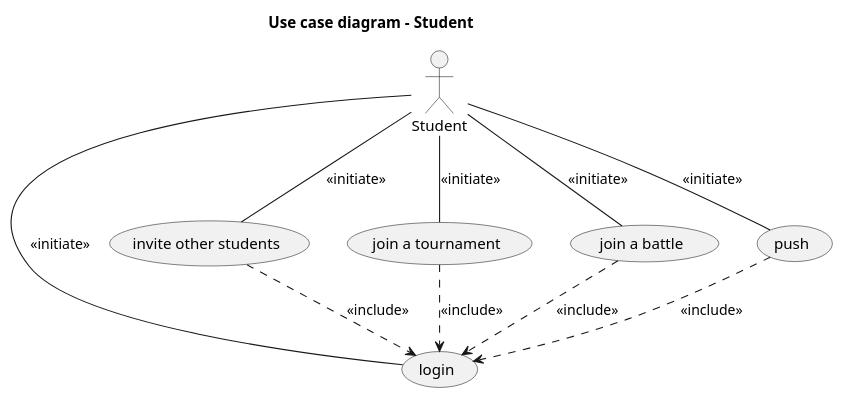
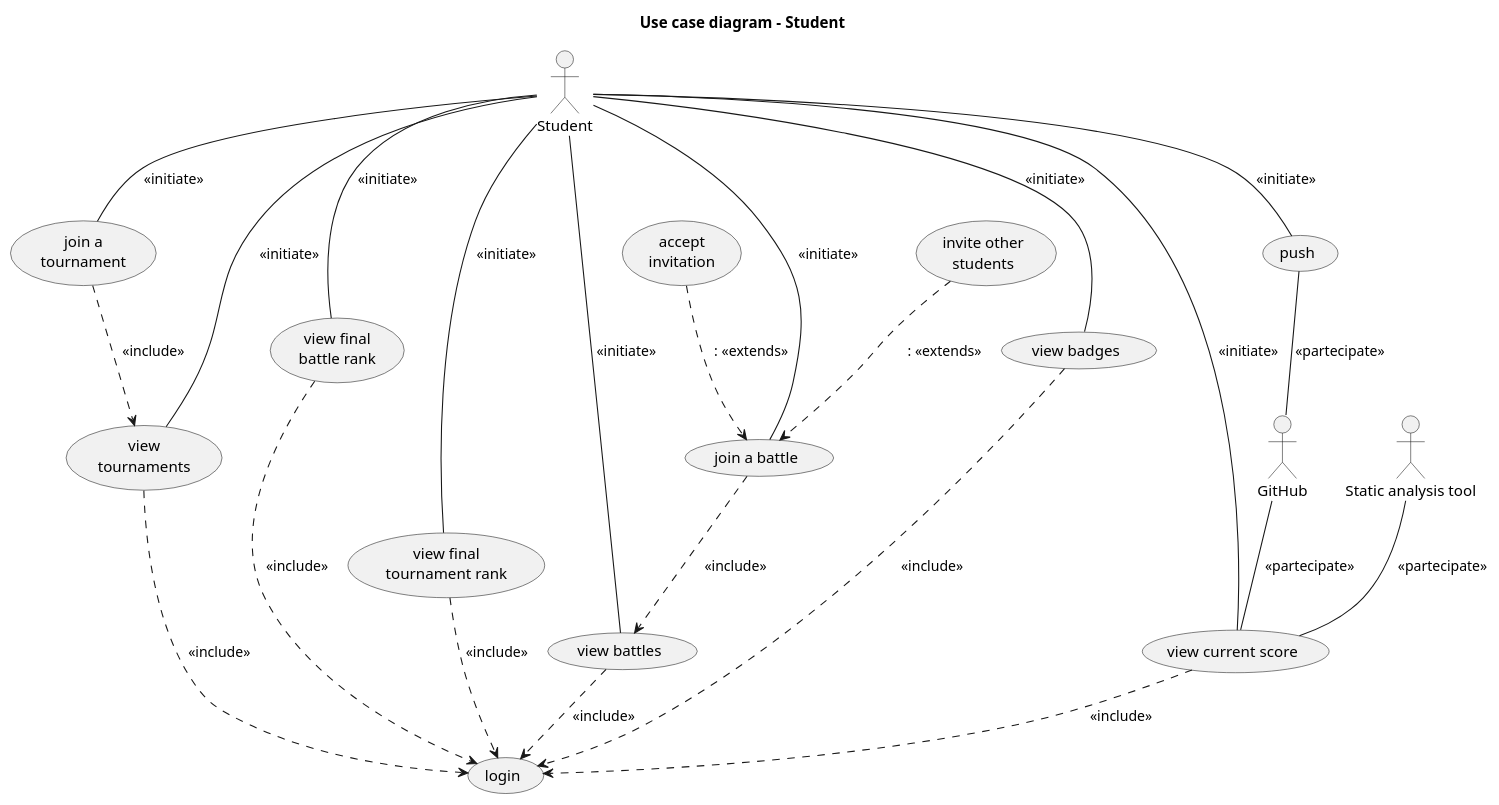
Before and after one commit to Furrrlo/CodeKataBattle: the diagram in rasd/puml/UC-diagram.puml, drawn with PlantUML. The commit also changed 1 other file, not shown here.

Commit message:
Student use case diagram

```diff
--- a/rasd/puml/UC-diagram.puml
+++ b/rasd/puml/UC-diagram.puml
@@ -1,16 +1,53 @@
 @startuml use case diagram - student
 title Use case diagram - Student
 
 actor :Student:
+actor :GitHub:
+actor :Static analysis tool: as tool
 
-Student -- (login): <<initiate>>
-Student -- (invite other students): <<initiate>>
-Student -- (join a tournament): <<initiate>>
-Student -- (join a battle): <<initiate>>
+'usecase (view battle\ndetails) as battleDetails
+'usecase (view\ntournament\ndetails) as tournamentDetails
+usecase (join a\ntournament) as joinTournament
+usecase (view\ntournaments) as viewTournaments
+
+Student -- joinTournament: <<initiate>>
+Student --- viewTournaments: <<initiate>>
+joinTournament ..> viewTournaments: <<include>>
+viewTournaments ..> (login): <<include>>
+
+Student --- (join a battle): <<initiate>>
+Student --- (view battles): <<initiate>>
+(join a battle) ..> (view battles): <<include>>
+(view battles) ..> login: <<include>>
+
+
+'Student --- battleDetails: <<initiate>>
+'Student -- tournamentDetails: <<initiate>>
+
+'(join a battle) .> battleDetails: <<include>>
+'battleDetails .> tournamentDetails: <<include>>
+'tournamentDetails .> joinTournament: <<include>>
+
+(invite other\nstudents) ..> (join a battle):: <<extends>>
+(accept\ninvitation) ..> (join a battle):: <<extends>>
+
+Student -- (view final\nbattle rank): <<initiate>>
+(view final\nbattle rank) ..> login: <<include>>
+
+Student -- (view final\ntournament rank): <<initiate>>
+(view final\ntournament rank) ..> login: <<include>>
+
+Student -- (view badges): <<initiate>>
+(view badges) ..> login: <<include>>
+
+
+Student - (view current score): <<initiate>>
+GitHub -- (view current score): <<partecipate>>
+tool -- (view current score): <<partecipate>>
+(view current score) ..> login: <<include>>
+
 Student -- (push): <<initiate>>
+push -- GitHub: <<partecipate>>
 
-(invite other students) ..> login: <<include>>
-(join a tournament) ..> login: <<include>>
-(join a battle) ..> login: <<include>>
-(push) ..> login: <<include>>
+
 @enduml
```
